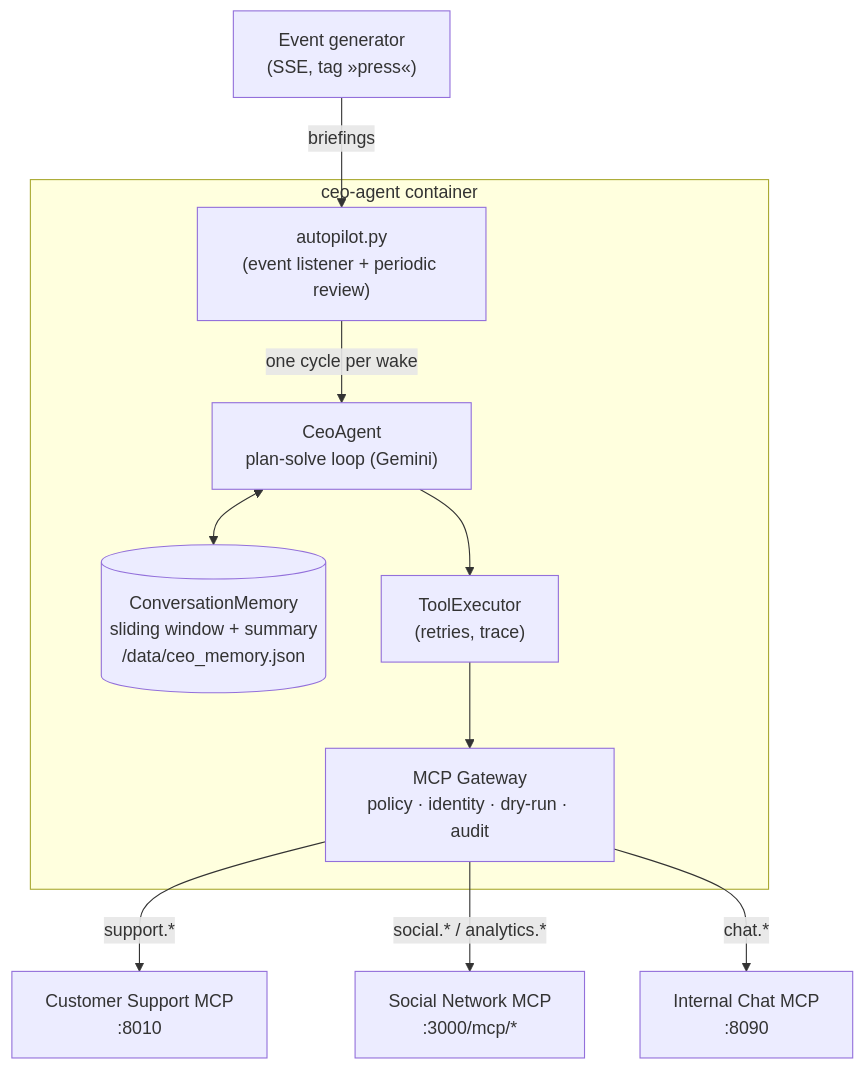
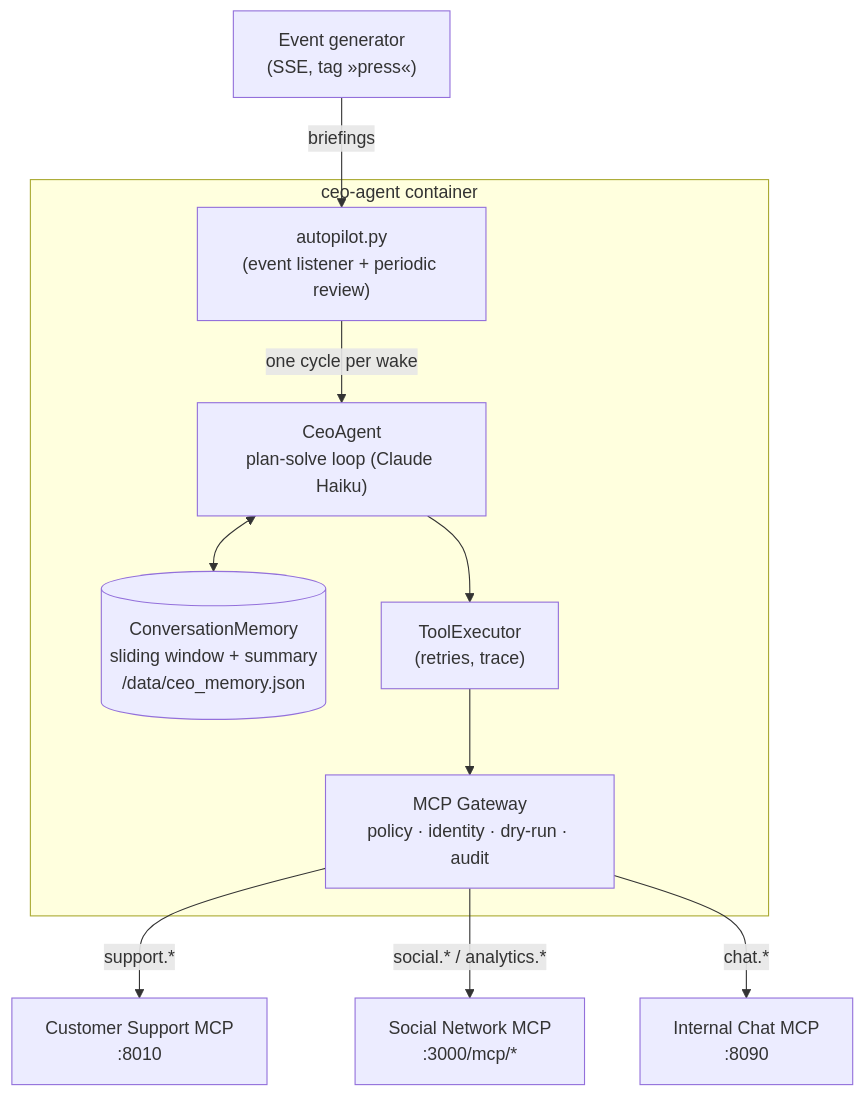
One commit to Hani-Azzam/Brightway_HappyTuna changed the first of 3 diagrams in docs/ceo-agent.md. Above: the diagram before and after it, drawn with Mermaid. The commit also changed other lines of this file and 21 other files, not shown here.

First line of the commit message:
stable-release: run every agent on Claude Haiku

````diff
--- a/docs/ceo-agent.md
+++ b/docs/ceo-agent.md
@@ -14,19 +14,19 @@
 ```mermaid
 flowchart TB
     subgraph ceo["ceo-agent container"]
         AP["autopilot.py<br/>(event listener + periodic review)"]
-        AG["CeoAgent<br/>plan-solve loop (Gemini)"]
+        AG["CeoAgent<br/>plan-solve loop (Claude Haiku)"]
         MEM[("ConversationMemory<br/>sliding window + summary<br/>/data/ceo_memory.json")]
         EX["ToolExecutor<br/>(retries, trace)"]
         GW["MCP Gateway<br/>policy · identity · dry-run · audit"]
         AP -->|"one cycle per wake"| AG
         AG <--> MEM
         AG --> EX --> GW
     end
 
     EG["Event generator<br/>(SSE, tag »press«)"] -->|briefings| AP
 
     GW -->|"support.*"| CS["Customer Support MCP<br/>:8010"]
     GW -->|"social.* / analytics.*"| SN["Social Network MCP<br/>:3000/mcp/*"]
     GW -->|"chat.*"| IC["Internal Chat MCP<br/>:8090"]
 ```
````
